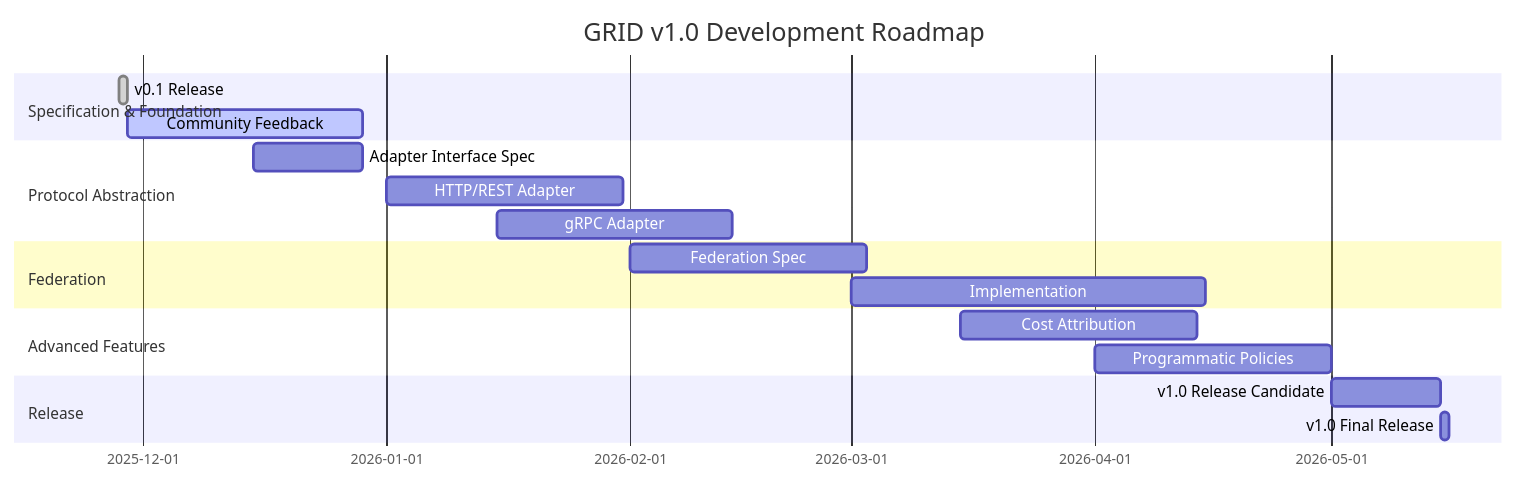
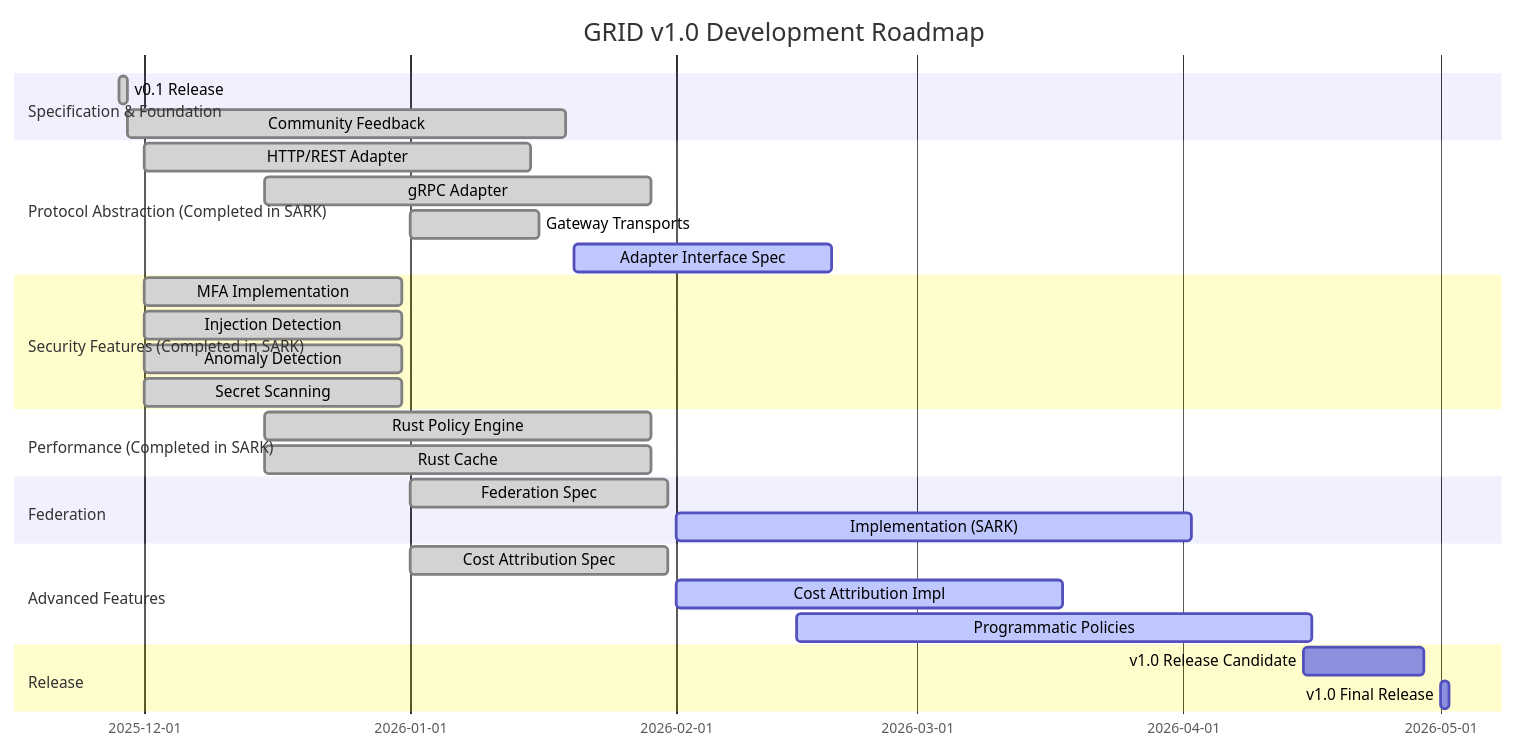
The diagram in ROADMAP.md (apathy-ca/grid-protocol), drawn with Mermaid before and after one commit. The commit also changed other lines of this file and 3 other files, not shown here.

First line of the commit message:
docs: Update GRID spec to reflect SARK v1.6.0 capabilities (85% → 95%+ compliance)

````diff
--- a/ROADMAP.md
+++ b/ROADMAP.md
@@ -18,25 +18,37 @@
 ```mermaid
 gantt
     title GRID v1.0 Development Roadmap
     dateFormat  YYYY-MM-DD
     section Specification & Foundation
     v0.1 Release          :done, 2025-11-28, 1d
-    Community Feedback    :active, 2025-11-29, 30d
-    
-    section Protocol Abstraction
-    Adapter Interface Spec :2025-12-15, 14d
-    HTTP/REST Adapter      :2026-01-01, 30d
-    gRPC Adapter         :2026-01-15, 30d
+    Community Feedback    :done, 2025-11-29, 51d
+
+    section Protocol Abstraction (Completed in SARK)
+    HTTP/REST Adapter      :done, 2025-12-01, 45d
+    gRPC Adapter         :done, 2025-12-15, 45d
+    Gateway Transports     :done, 2026-01-01, 15d
+    Adapter Interface Spec :active, 2026-01-20, 30d
+
+    section Security Features (Completed in SARK)
+    MFA Implementation     :done, 2025-12-01, 30d
+    Injection Detection    :done, 2025-12-01, 30d
+    Anomaly Detection      :done, 2025-12-01, 30d
+    Secret Scanning        :done, 2025-12-01, 30d
+
+    section Performance (Completed in SARK)
+    Rust Policy Engine     :done, 2025-12-15, 45d
+    Rust Cache             :done, 2025-12-15, 45d
 
     section Federation
-    Federation Spec        :2026-02-01, 30d
-    Implementation         :2026-03-01, 45d
+    Federation Spec        :done, 2026-01-01, 30d
+    Implementation (SARK)  :active, 2026-02-01, 60d
 
     section Advanced Features
-    Cost Attribution       :2026-03-15, 30d
-    Programmatic Policies  :2026-04-01, 30d
+    Cost Attribution Spec  :done, 2026-01-01, 30d
+    Cost Attribution Impl  :active, 2026-02-01, 45d
+    Programmatic Policies  :active, 2026-02-15, 60d
 
     section Release
-    v1.0 Release Candidate :2026-05-01, 14d
-    v1.0 Final Release     :2026-05-15, 1d
+    v1.0 Release Candidate :2026-04-15, 14d
+    v1.0 Final Release     :2026-05-01, 1d
 ```
````
